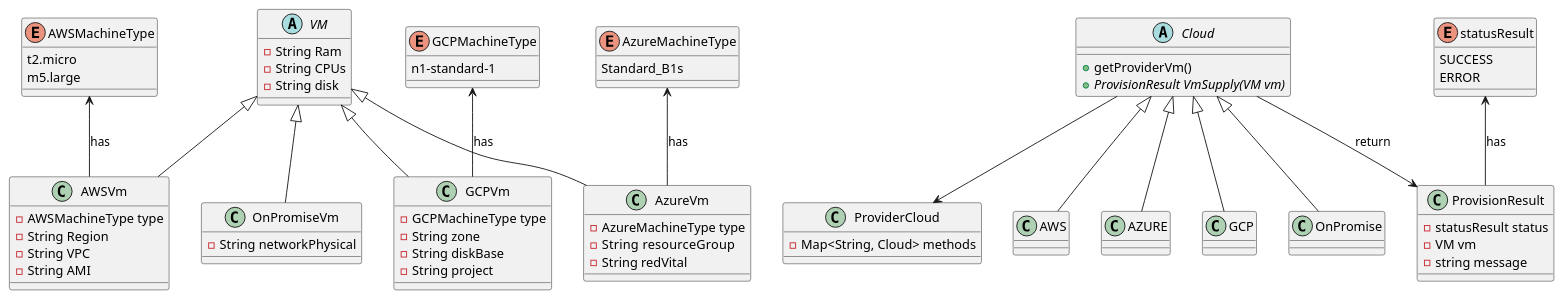
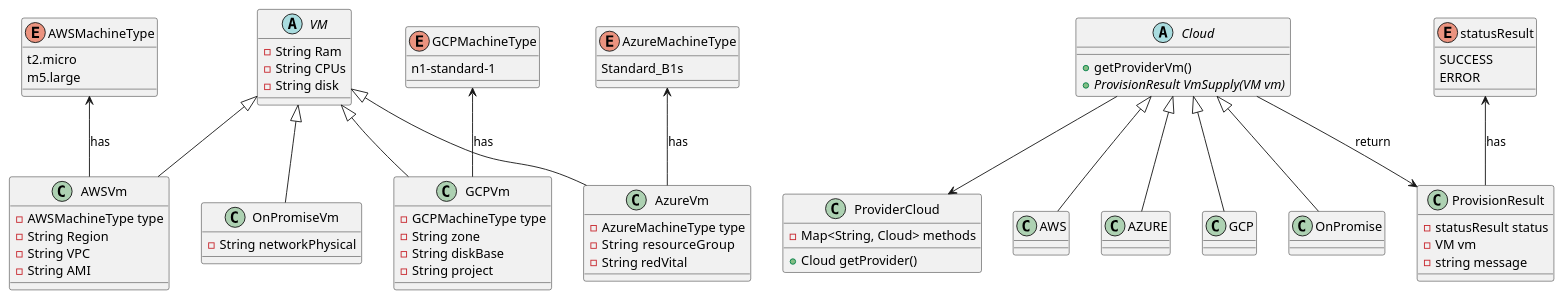
One commit to david123456858/Design-patterns-Cloud changed the diagram in uml/class.wsd. Above: the diagram before and after it, drawn with PlantUML. The commit also changed 5 other files, not shown here.

```diff
--- a/uml/class.wsd
+++ b/uml/class.wsd
@@ -1,91 +1,92 @@
 @startuml cloud-factory
 abstract class VM {
 - String Ram
 - String CPUs
 - String disk
 }
 
 enum AWSMachineType{
 t2.micro 
 m5.large
 }
 enum AzureMachineType {
 Standard_B1s
 }
 enum GCPMachineType {
 n1-standard-1
 }
 
 class AWSVm {
 - AWSMachineType type
 - String Region
 - String VPC
 - String AMI
 }
 class AzureVm{
 - AzureMachineType type
 - String  resourceGroup
 - String redVital
 }
 class GCPVm{
 - GCPMachineType type
 - String zone
 - String diskBase
 - String project
 }
 class OnPromiseVm{
     - String networkPhysical
 }
 
 abstract class Cloud{
 + getProviderVm()
 + {abstract} ProvisionResult VmSupply(VM vm)
 }
 
 class ProviderCloud {
     - Map<String, Cloud> methods
+    + Cloud getProvider()
 }
 
 class AWS{}
 class AZURE{}
 class GCP{}
 class OnPromise{}
 
 Cloud <|-- AWS
 Cloud <|-- GCP
 Cloud <|-- AZURE
 Cloud <|-- OnPromise
 
 ' AWS --> AWSVm : create
 ' AZURE --> AzureVm : create
 ' GCP --> GCPVm : create
 
 Cloud --> ProviderCloud
 
 VM <|-- AzureVm
 VM <|-- GCPVm
 VM <|-- AWSVm
 VM <|-- OnPromiseVm
 
 AzureMachineType <-- AzureVm : has
 AWSMachineType <-- AWSVm : has
 GCPMachineType <-- GCPVm : has 
 
 
 
 enum statusResult {
     SUCCESS
     ERROR
 }
 
 class ProvisionResult {
     - statusResult status
     - VM vm
     - string message
 }
 
 Cloud --> ProvisionResult: return
 statusResult <-- ProvisionResult : has
 
 
 @enduml
```
